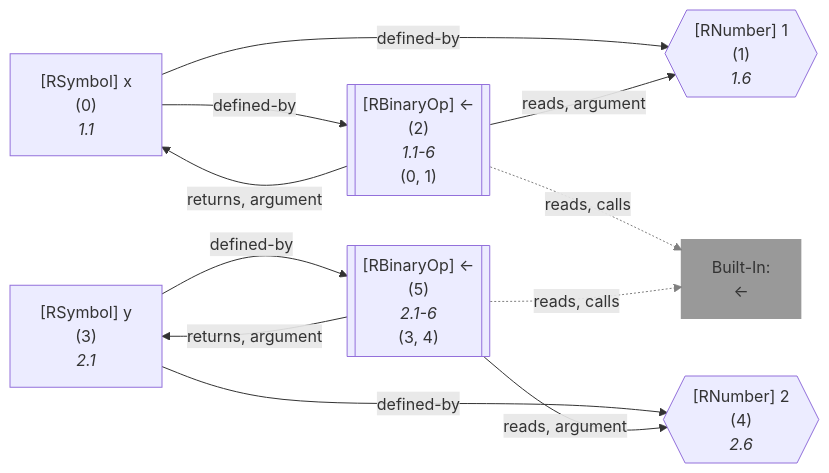
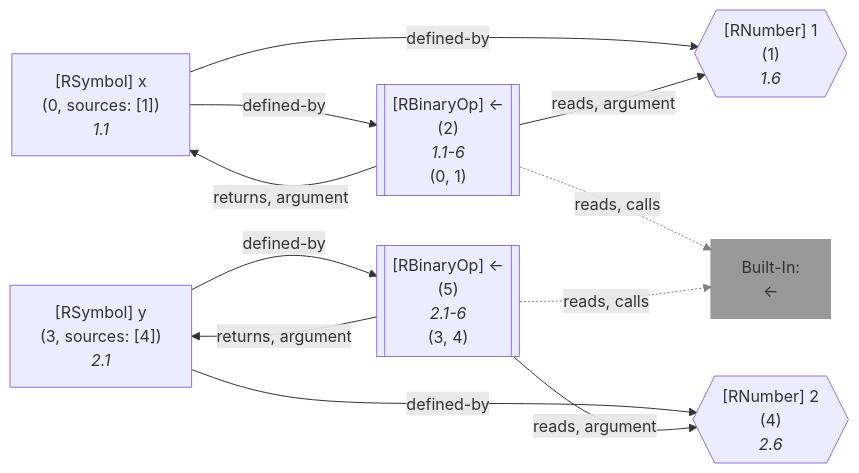
One commit to flowr-analysis/flowr changed diagram 11 of 21 in wiki/Query API.md. Above: the diagram before and after it, drawn with Mermaid. The commit also changed other lines of this file and 90 other files, not shown here.

````diff
--- a/wiki/Query API.md
+++ b/wiki/Query API.md
@@ -4187,40 +4210,40 @@
 ```mermaid
 flowchart LR
     1{{"`#91;RNumber#93; 1
       (1)
       *1.6*`"}}
    %% No edges found for 1
     0["`#91;RSymbol#93; x
-      (0)
+      (0, sources: [1])
       *1.1*`"]
     2[["`#91;RBinaryOp#93; #60;#45;
       (2)
       *1.1-6*
     (0, 1)`"]]
     built-in:_-["`Built-In:
 #60;#45;`"]
     style built-in:_- stroke:gray,fill:gray,stroke-width:2px,opacity:.8;
     4{{"`#91;RNumber#93; 2
       (4)
       *2.6*`"}}
    %% No edges found for 4
     3["`#91;RSymbol#93; y
-      (3)
+      (3, sources: [4])
       *2.1*`"]
     5[["`#91;RBinaryOp#93; #60;#45;
       (5)
       *2.1-6*
     (3, 4)`"]]
     0 -->|"defined-by"| 1
     0 -->|"defined-by"| 2
     2 -->|"reads, argument"| 1
     2 -->|"returns, argument"| 0
     2 -.->|"reads, calls"| built-in:_-
     linkStyle 4 stroke:gray;
     3 -->|"defined-by"| 4
     3 -->|"defined-by"| 5
     5 -->|"reads, argument"| 4
     5 -->|"returns, argument"| 3
     5 -.->|"reads, calls"| built-in:_-
     linkStyle 9 stroke:gray;
 ```
````
